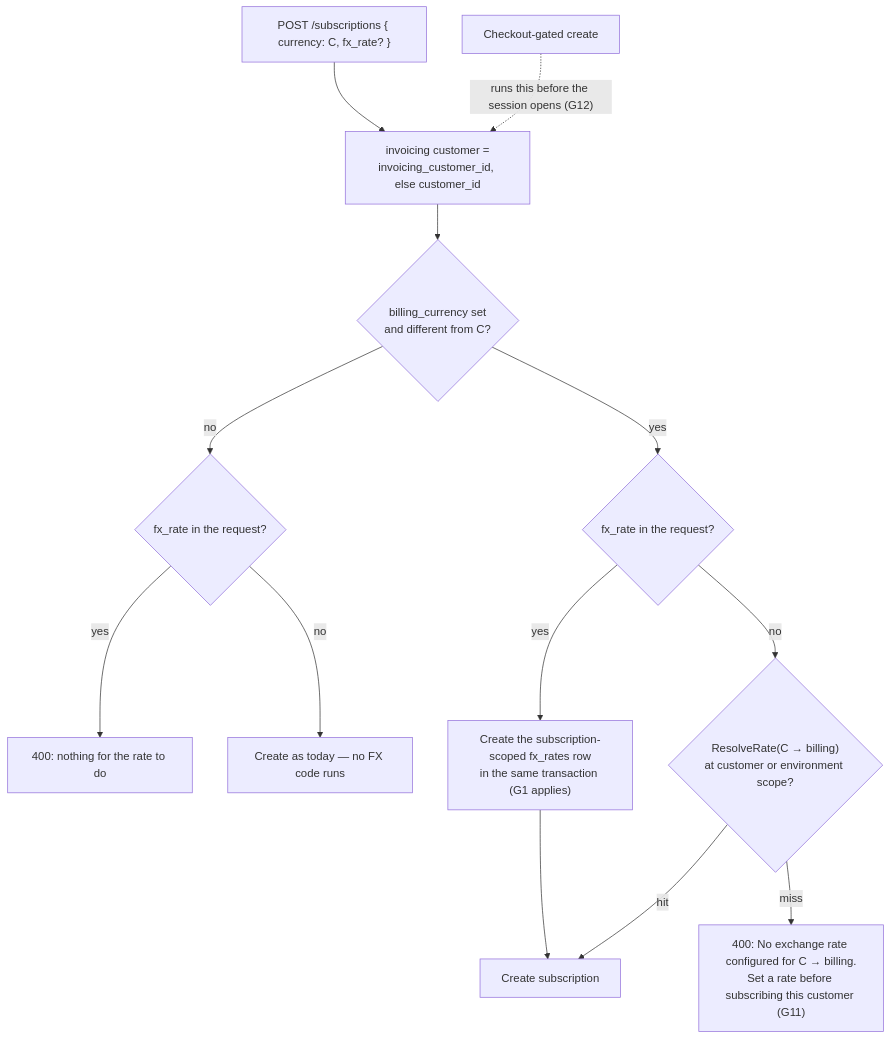
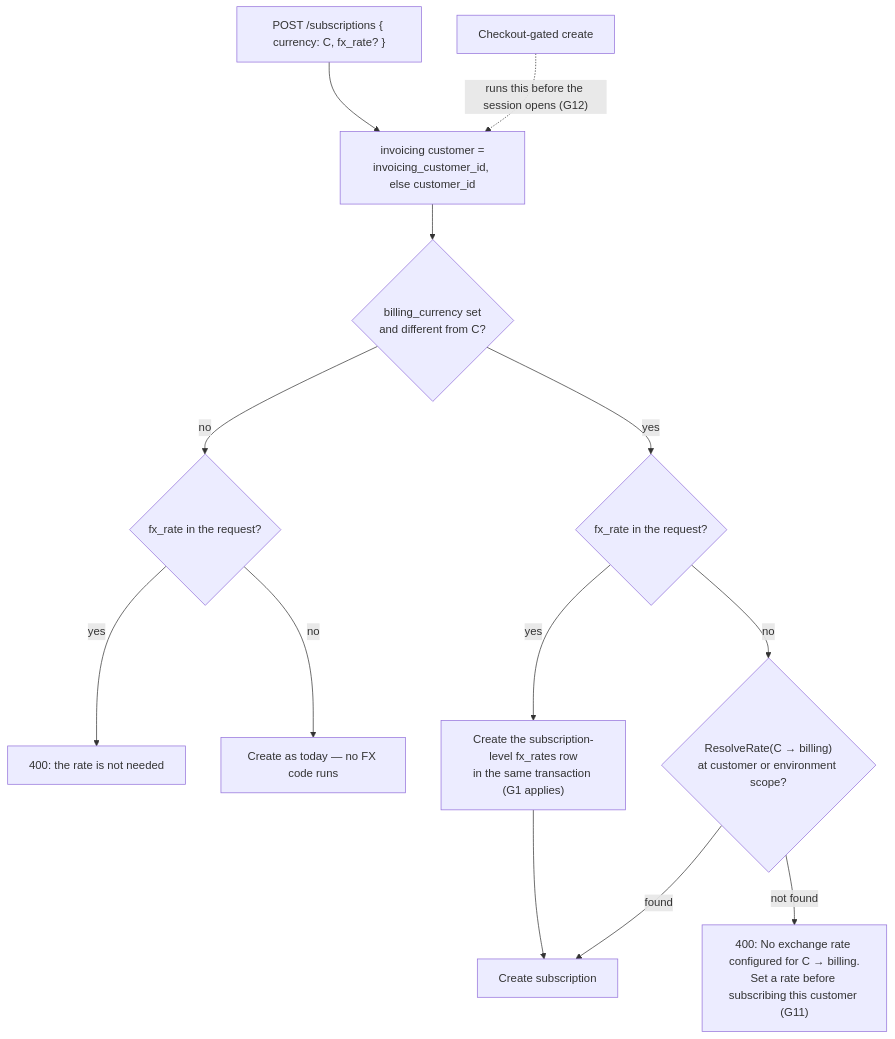
One commit to aghijap/flexprice-FLE-1411 changed the sixth of 7 diagrams in docs/design/2026-09-26-FLE-1383-adaptive-multi-currency-phase1-erd.md. Above: the diagram before and after it, drawn with Mermaid. The commit also changed other lines of this file and 1 other file, not shown here.

````diff
--- a/docs/design/2026-09-26-FLE-1383-adaptive-multi-currency-phase1-erd.md
+++ b/docs/design/2026-09-26-FLE-1383-adaptive-multi-currency-phase1-erd.md
@@ -778,14 +765,14 @@
 ```mermaid
 flowchart TD
     A["POST /subscriptions { currency: C, fx_rate? }"] --> IC["invoicing customer =<br/>invoicing_customer_id, else customer_id"]
     IC --> B{"billing_currency set<br/>and different from C?"}
     B -- no --> FX{"fx_rate in the request?"}
-    FX -- yes --> RJ0["400: nothing for the rate to do"]
+    FX -- yes --> RJ0["400: the rate is not needed"]
     FX -- no --> CREATE["Create as today — no FX code runs"]
     B -- yes --> INL{"fx_rate in the request?"}
-    INL -- yes --> ROW["Create the subscription-scoped fx_rates row<br/>in the same transaction (G1 applies)"] --> CREATE2["Create subscription"]
+    INL -- yes --> ROW["Create the subscription-level fx_rates row<br/>in the same transaction (G1 applies)"] --> CREATE2["Create subscription"]
     INL -- no --> RES{"ResolveRate(C → billing)<br/>at customer or environment scope?"}
-    RES -- hit --> CREATE2
-    RES -- miss --> RJ["400: No exchange rate configured for C → billing.<br/>Set a rate before subscribing this customer (G11)"]
+    RES -- found --> CREATE2
+    RES -- "not found" --> RJ["400: No exchange rate configured for C → billing.<br/>Set a rate before subscribing this customer (G11)"]
     CK["Checkout-gated create"] -. "runs this before the session opens (G12)" .-> IC
 ```
````
